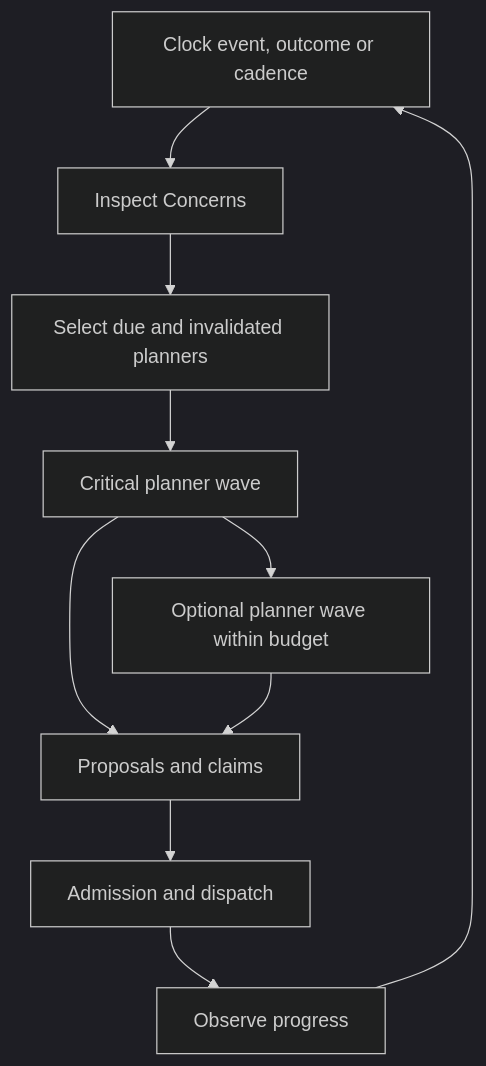
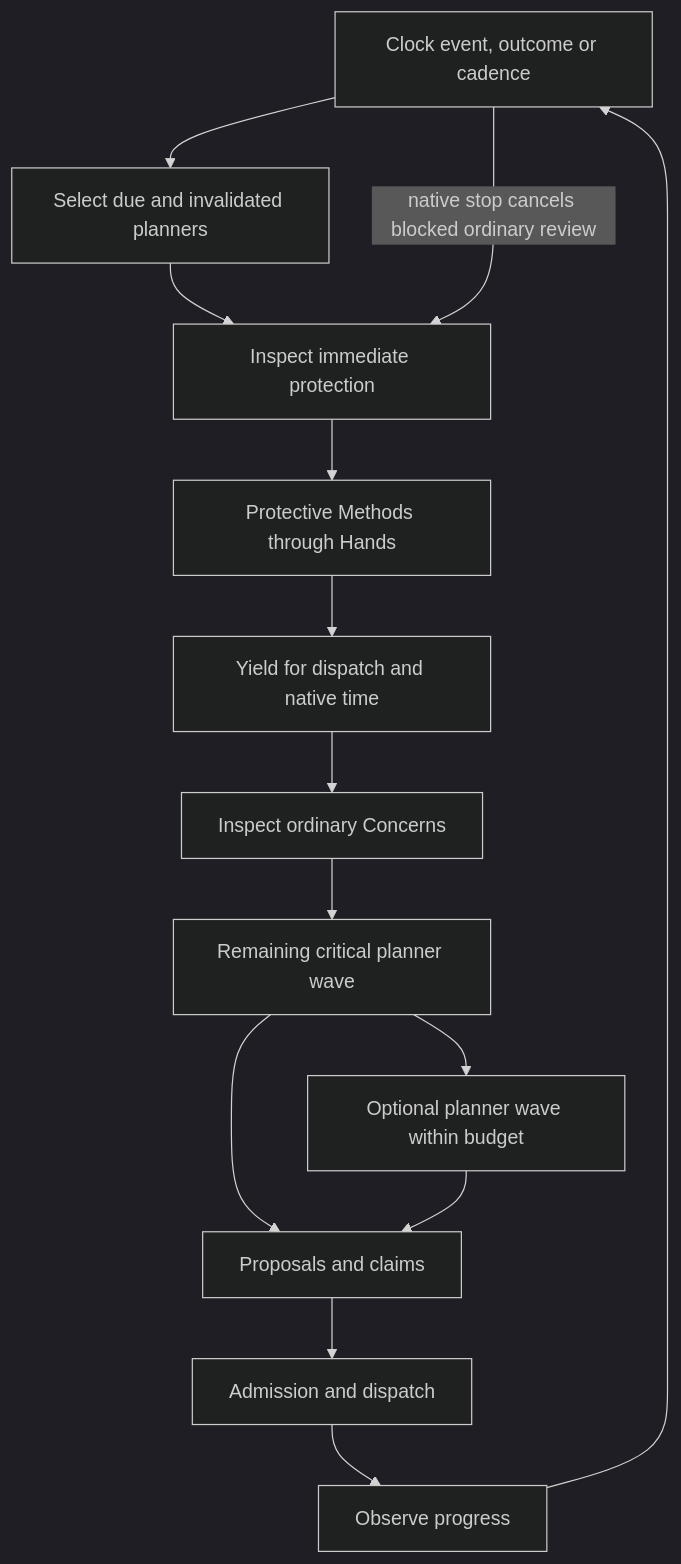
The first of 2 diagrams in docs/developers/architecture/control-loop.md (davidarcher/rimgovernor), drawn with Mermaid (dark theme) before and after one commit. The commit also changed other lines of this file and 33 other files, not shown here.

````diff
--- a/docs/developers/architecture/control-loop.md
+++ b/docs/developers/architecture/control-loop.md
@@ -39,12 +39,16 @@
 ```mermaid
 flowchart TD
-    Event[Clock event, outcome or cadence] --> Round[Inspect Concerns]
-    Round --> Queue[Select due and invalidated planners]
-    Queue --> Critical[Critical planner wave]
+    Event[Clock event, outcome or cadence] --> Queue[Select due and invalidated planners]
+    Queue --> Immediate[Inspect immediate protection]
+    Immediate --> Protection[Protective Methods through Hands]
+    Protection --> Advance[Yield for dispatch and native time]
+    Advance --> Round[Inspect ordinary Concerns]
+    Round --> Critical[Remaining critical planner wave]
     Critical --> Optional[Optional planner wave within budget]
     Critical --> Proposals[Proposals and claims]
     Optional --> Proposals
     Proposals --> Admit[Admission and dispatch]
     Admit --> Observe[Observe progress]
     Observe --> Event
+    Event -->|native stop cancels blocked ordinary review| Immediate
 ```
````
